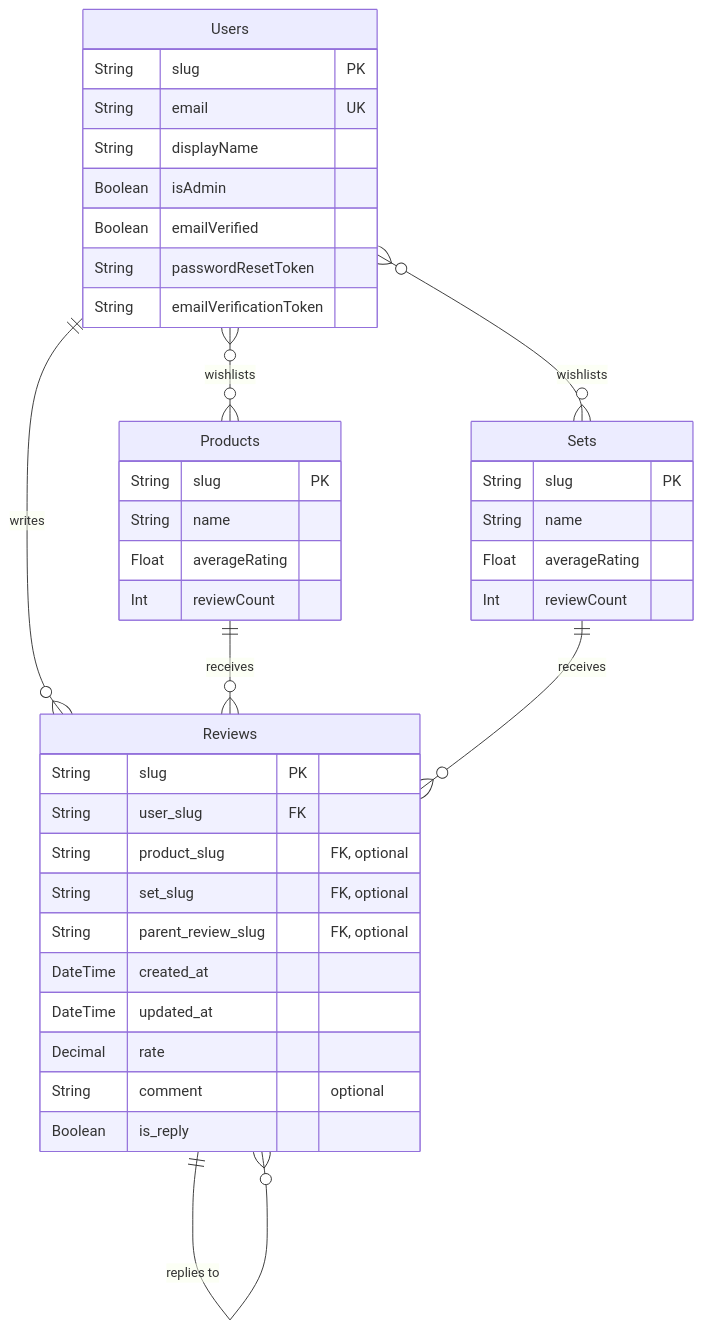
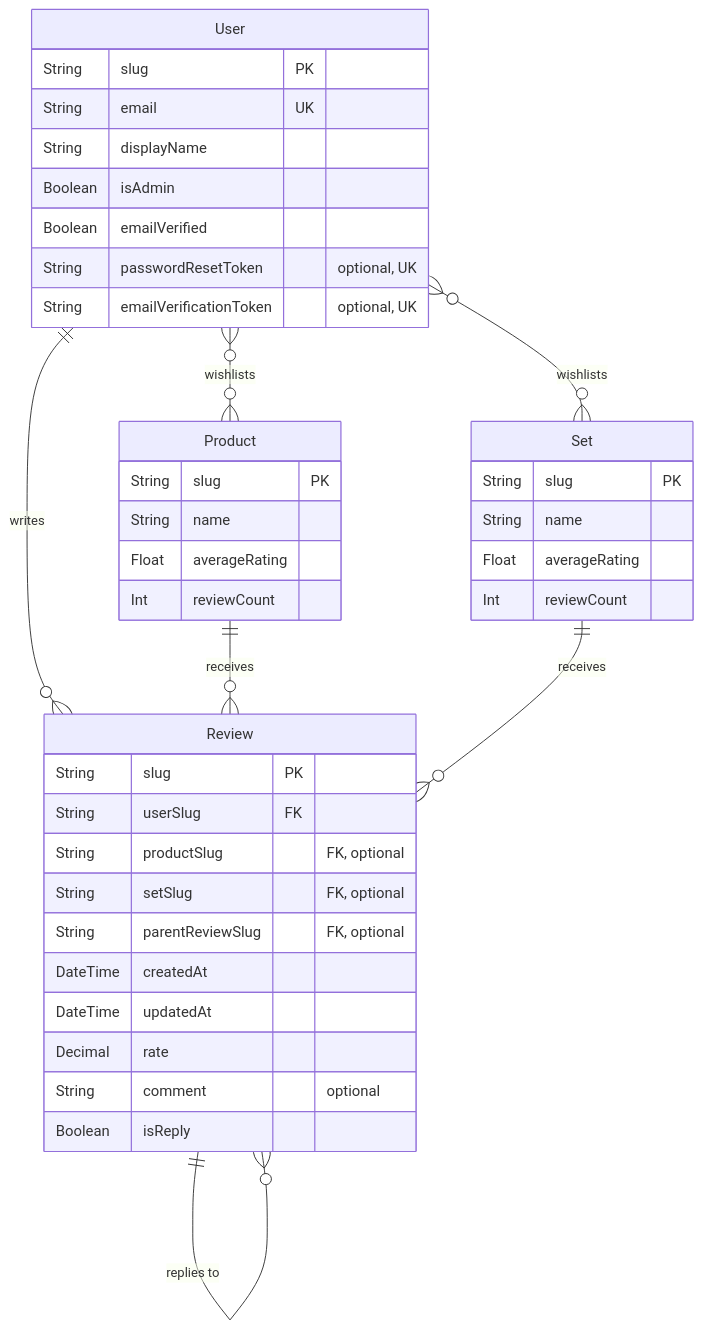
Before and after one commit to aymanbazyan/storeflow-docs: the third of 5 diagrams in docs/01-Overview/02-Tech-Stack-Concepts.md, drawn with Mermaid. The commit also changed other lines of this file and 4 other files, not shown here.

````diff
--- a/docs/01-Overview/02-Tech-Stack-Concepts.md
+++ b/docs/01-Overview/02-Tech-Stack-Concepts.md
@@ -154,52 +165,52 @@
 ```mermaid
 erDiagram
-    Users {
+    User {
         String slug PK
         String email UK
         String displayName
         Boolean isAdmin
         Boolean emailVerified
-        String passwordResetToken
-        String emailVerificationToken
+        String passwordResetToken "optional, UK"
+        String emailVerificationToken "optional, UK"
     }
 
-    Reviews {
+    Review {
         String slug PK
-        String user_slug FK
-        String product_slug "FK, optional"
-        String set_slug "FK, optional"
-        String parent_review_slug "FK, optional"
-        DateTime created_at
-        DateTime updated_at
+        String userSlug FK
+        String productSlug "FK, optional"
+        String setSlug "FK, optional"
+        String parentReviewSlug "FK, optional"
+        DateTime createdAt
+        DateTime updatedAt
         Decimal rate
         String comment "optional"
-        Boolean is_reply
+        Boolean isReply
     }
 
-    Products {
+    Product {
         String slug PK
         String name
         Float averageRating
         Int reviewCount
     }
 
-    Sets {
+    Set {
         String slug PK
         String name
         Float averageRating
         Int reviewCount
     }
 
     %% --- Relationships ---
 
-    Users ||--o{ Reviews : "writes"
-    Products ||--o{ Reviews : "receives"
-    Sets ||--o{ Reviews : "receives"
+    User ||--o{ Review : "writes"
+    Product ||--o{ Review : "receives"
+    Set ||--o{ Review : "receives"
 
     %% Self-referencing relationship for replies
-    Reviews ||--o{ Reviews : "replies to"
+    Review ||--o{ Review : "replies to"
 
     %% Wishlist relationships
-    Users }o--o{ Products : "wishlists"
-    Users }o--o{ Sets : "wishlists"
+    User }o--o{ Product : "wishlists"
+    User }o--o{ Set : "wishlists"
 ```
````
